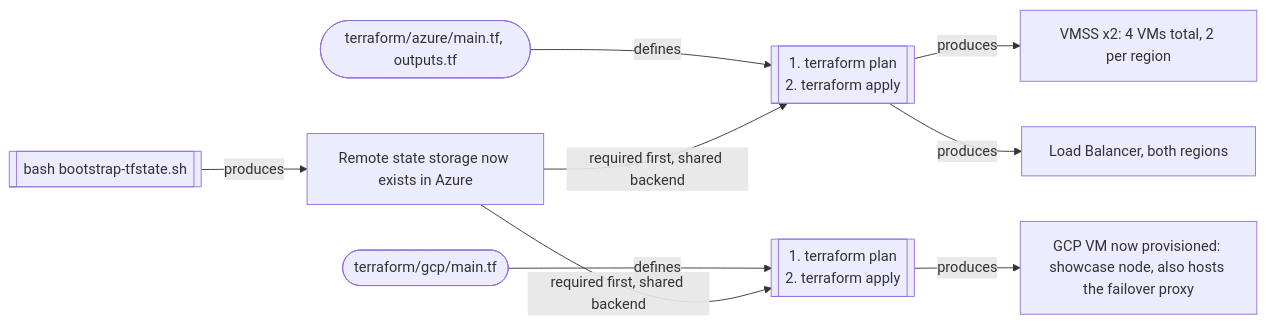
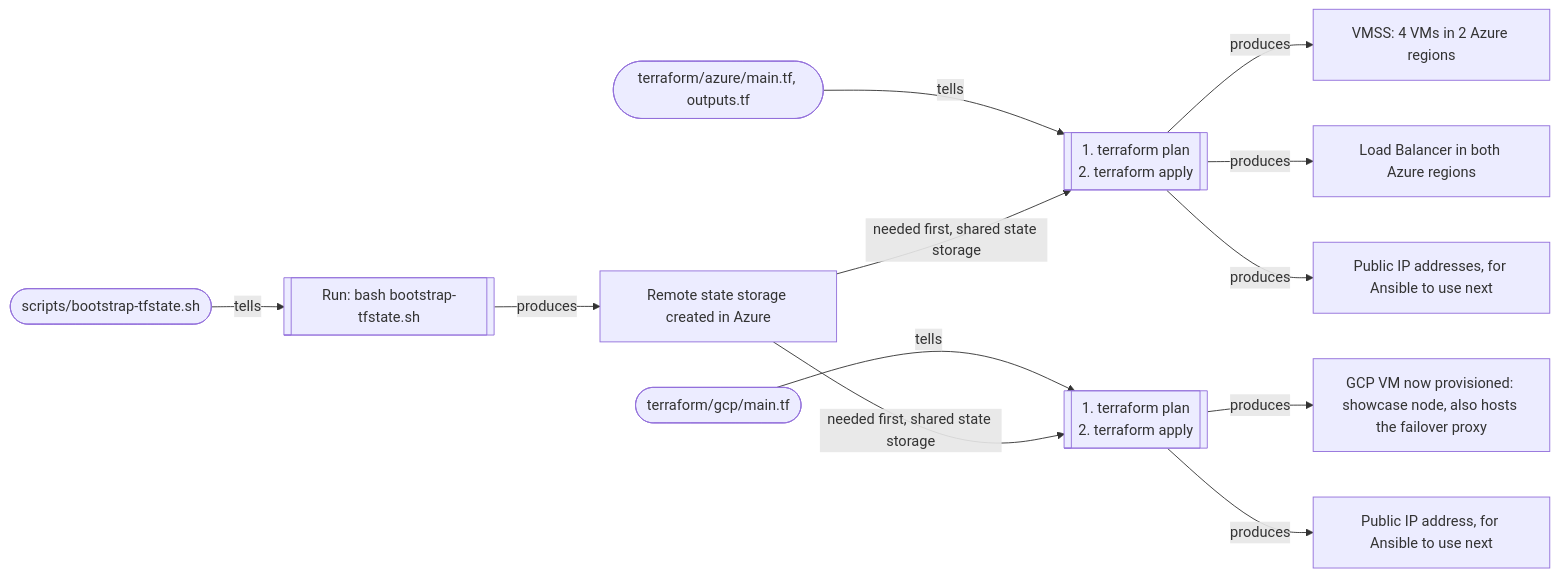
Before and after one commit to Dennis4507/cloud-native-ha-platform: the second of 5 diagrams in README.md, drawn with Mermaid. The commit also changed other lines of this file, not shown here.

Commit message:
Phase 1: bootstrap script gets its own file oval, simpler wording, IP outputs shown
- scripts/bootstrap-tfstate.sh now shown as its own file (oval), telling
  the "Run: bash bootstrap-tfstate.sh" command, matching the same
  pattern already used for the terraform files - it was previously
  merged into the command box, breaking that consistency
- Arrow wording simplified for a non-native-English audience: "defines"
  -> "tells", "required first" -> "needed first"
- "shared backend" -> "shared state storage": the concrete Azure
  resource being shared, not Terraform's internal name for it
- Added a third, previously-missing output: the public IP addresses
  each terraform apply actually produces (from outputs.tf). The
  diagram never showed where the IPs Ansible uses in Phase 2 come from
  until now - this closes that gap on both the Azure and GCP branches

Test-rendered locally via mmdc before writing, clean render, valid
syntax.

````diff
--- a/README.md
+++ b/README.md
@@ -55,13 +55,16 @@
 ```mermaid
 flowchart LR
-    CMD0[["bash bootstrap-tfstate.sh"]] -->|produces| OUT0["Remote state storage now exists in Azure"]
+    F0(["scripts/bootstrap-tfstate.sh"]) -->|tells| CMD0[["Run: bash bootstrap-tfstate.sh"]]
+    CMD0 -->|produces| OUT0["Remote state storage created in Azure"]
 
-    TFAZ(["terraform/azure/main.tf, outputs.tf"]) -->|defines| CMD1[["1. terraform plan<br/>2. terraform apply"]]
-    OUT0 -->|required first, shared backend| CMD1
-    CMD1 -->|produces| OUT1A["VMSS x2: 4 VMs total, 2 per region"]
-    CMD1 -->|produces| OUT1B["Load Balancer, both regions"]
+    TFAZ(["terraform/azure/main.tf, outputs.tf"]) -->|tells| CMD1[["1. terraform plan<br/>2. terraform apply"]]
+    OUT0 -->|needed first, shared state storage| CMD1
+    CMD1 -->|produces| OUT1A["VMSS: 4 VMs in 2 Azure regions"]
+    CMD1 -->|produces| OUT1B["Load Balancer in both Azure regions"]
+    CMD1 -->|produces| OUT1C["Public IP addresses, for Ansible to use next"]
 
-    TFGCP(["terraform/gcp/main.tf"]) -->|defines| CMD2[["1. terraform plan<br/>2. terraform apply"]]
-    OUT0 -->|required first, shared backend| CMD2
+    TFGCP(["terraform/gcp/main.tf"]) -->|tells| CMD2[["1. terraform plan<br/>2. terraform apply"]]
+    OUT0 -->|needed first, shared state storage| CMD2
     CMD2 -->|produces| OUT2["GCP VM now provisioned: showcase node, also hosts the failover proxy"]
+    CMD2 -->|produces| OUT2IP["Public IP address, for Ansible to use next"]
 ```
````
